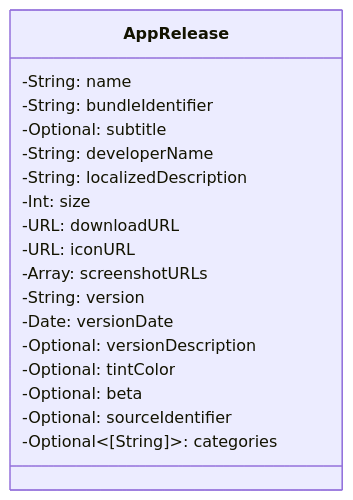
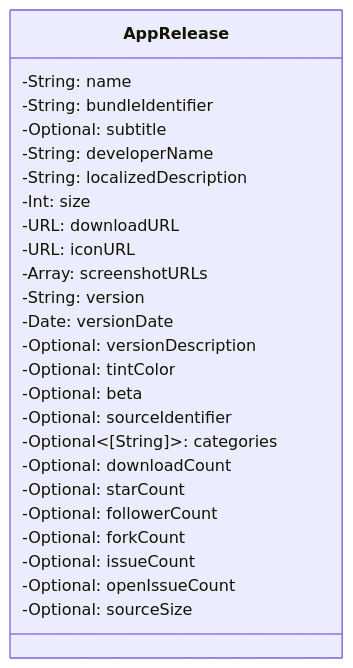
The diagram in assets/faircatalog-AppRelease.mmd (emilypx/appfair.github.io), drawn with Mermaid before and after one commit. The commit also changed 5 other files, not shown here.

```diff
--- a/assets/faircatalog-AppRelease.mmd
+++ b/assets/faircatalog-AppRelease.mmd
@@ -1,19 +1,26 @@
 classDiagram
     class AppRelease {
         -String: name
         -String: bundleIdentifier
         -Optional<String>: subtitle
         -String: developerName
         -String: localizedDescription
         -Int: size
         -URL: downloadURL
         -URL: iconURL
         -Array<URL>: screenshotURLs
         -String: version
         -Date: versionDate
         -Optional<String>: versionDescription
         -Optional<String>: tintColor
         -Optional<Bool>: beta
         -Optional<String>: sourceIdentifier
         -Optional<[String]>: categories
+        -Optional<Int>: downloadCount
+        -Optional<Int>: starCount
+        -Optional<Int>: followerCount
+        -Optional<Int>: forkCount
+        -Optional<Int>: issueCount
+        -Optional<Int>: openIssueCount
+        -Optional<Int>: sourceSize
     }
```
